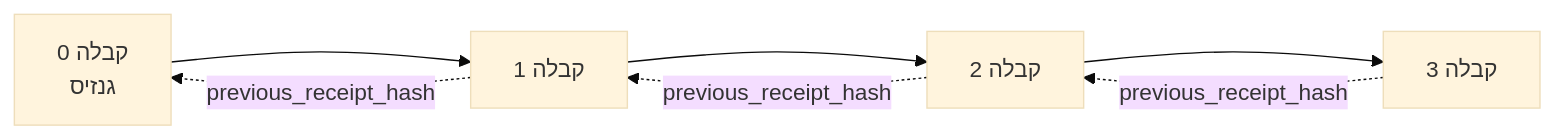
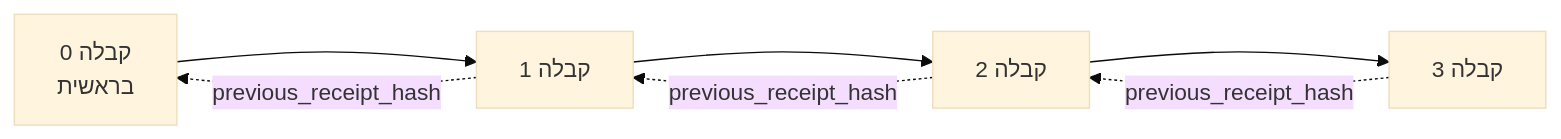
One commit to microsoft/ai-agents-for-beginners changed the second of 2 diagrams in translations/he/18-securing-ai-agents/README.md. Above: the diagram before and after it, drawn with Mermaid (base theme). The commit also changed other lines of this file and 222 other files, not shown here.

````diff
--- a/translations/he/18-securing-ai-agents/README.md
+++ b/translations/he/18-securing-ai-agents/README.md
@@ -206,9 +206,9 @@
 ```mermaid
 flowchart LR
-    R0[קבלה 0<br/>גנזיס] --> R1[קבלה 1]
+    R0[קבלה 0<br/>בראשית] --> R1[קבלה 1]
     R1 --> R2[קבלה 2]
     R2 --> R3[קבלה 3]
     R1 -. previous_receipt_hash .-> R0
     R2 -. previous_receipt_hash .-> R1
     R3 -. previous_receipt_hash .-> R2
 ```
````
